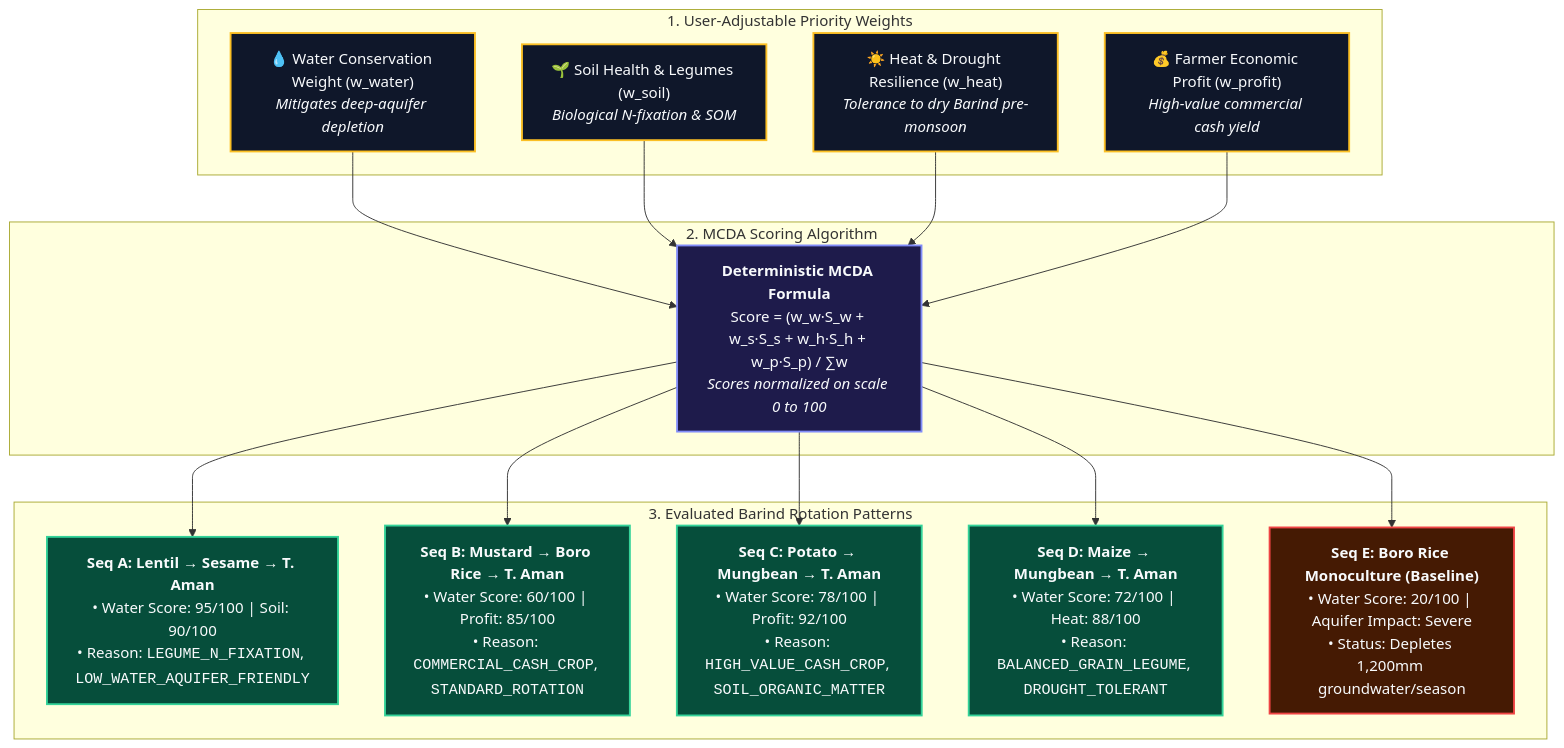
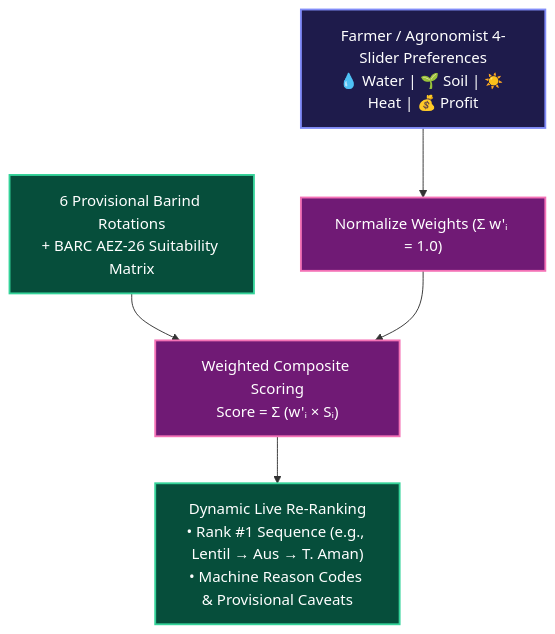
One commit to ASHIK311/agrisense-fusion changed the third of 5 diagrams in README.md. Above: the diagram before and after it, drawn with Mermaid. The commit also changed other lines of this file and 8 other files, not shown here.

````diff
--- a/README.md
+++ b/README.md
@@ -237,29 +283,11 @@
 ```mermaid
-graph TD
-  classDef sliderNode fill:#0f172a,stroke:#fbbf24,stroke-width:2px,color:#f8fafc;
-  classDef evalNode fill:#1e1b4b,stroke:#818cf8,stroke-width:2px,color:#f8fafc;
-  classDef sequenceNode fill:#064e3b,stroke:#34d399,stroke-width:2px,color:#f8fafc;
-  classDef cautionNode fill:#451a03,stroke:#ef4444,stroke-width:2px,color:#f8fafc;
+flowchart TD
+  classDef sliders fill:#1e1b4b,stroke:#818cf8,stroke-width:2px,color:#fff;
+  classDef data fill:#064e3b,stroke:#34d399,stroke-width:2px,color:#fff;
+  classDef rank fill:#701a75,stroke:#f472b6,stroke-width:2px,color:#fff;
 
-  subgraph Weights["1. User-Adjustable Priority Weights"]
-    W1["💧 Water Conservation Weight (w_water)<br/><i>Mitigates deep-aquifer depletion</i>"]:::sliderNode
-    W2["🌱 Soil Health & Legumes (w_soil)<br/><i>Biological N-fixation & SOM</i>"]:::sliderNode
-    W3["☀️ Heat & Drought Resilience (w_heat)<br/><i>Tolerance to dry Barind pre-monsoon</i>"]:::sliderNode
-    W4["💰 Farmer Economic Profit (w_profit)<br/><i>High-value commercial cash yield</i>"]:::sliderNode
-  end
-
-  subgraph Normalizer["2. MCDA Scoring Algorithm"]
-    NORM["<b>Deterministic MCDA Formula</b><br/>Score = (w_w·S_w + w_s·S_s + w_h·S_h + w_p·S_p) / ∑w<br/><i>Scores normalized on scale 0 to 100</i>"]:::evalNode
-  end
-
-  subgraph Rotations["3. Evaluated Barind Rotation Patterns"]
-    R1["<b>Seq A: Lentil → Sesame → T. Aman</b><br/>• Water Score: 95/100 | Soil: 90/100<br/>• Reason: <code>LEGUME_N_FIXATION</code>, <code>LOW_WATER_AQUIFER_FRIENDLY</code>"]:::sequenceNode
-    R2["<b>Seq B: Mustard → Boro Rice → T. Aman</b><br/>• Water Score: 60/100 | Profit: 85/100<br/>• Reason: <code>COMMERCIAL_CASH_CROP</code>, <code>STANDARD_ROTATION</code>"]:::sequenceNode
-    R3["<b>Seq C: Potato → Mungbean → T. Aman</b><br/>• Water Score: 78/100 | Profit: 92/100<br/>• Reason: <code>HIGH_VALUE_CASH_CROP</code>, <code>SOIL_ORGANIC_MATTER</code>"]:::sequenceNode
-    R4["<b>Seq D: Maize → Mungbean → T. Aman</b><br/>• Water Score: 72/100 | Heat: 88/100<br/>• Reason: <code>BALANCED_GRAIN_LEGUME</code>, <code>DROUGHT_TOLERANT</code>"]:::sequenceNode
-    R5["<b>Seq E: Boro Rice Monoculture (Baseline)</b><br/>• Water Score: 20/100 | Aquifer Impact: Severe<br/>• Status: Depletes 1,200mm groundwater/season"]:::cautionNode
-  end
-
-  W1 & W2 & W3 & W4 --> NORM
-  NORM --> R1 & R2 & R3 & R4 & R5
+  S["Farmer / Agronomist 4-Slider Preferences<br/>💧 Water | 🌱 Soil | ☀️ Heat | 💰 Profit"]:::sliders --> NORM["Normalize Weights (Σ w'ᵢ = 1.0)"]:::rank
+  CAT["6 Provisional Barind Rotations<br/>+ BARC AEZ-26 Suitability Matrix"]:::data --> EVAL["Weighted Composite Scoring<br/>Score = Σ (w'ᵢ × Sᵢ)"]:::rank
+  NORM --> EVAL
+  EVAL --> OUT["Dynamic Live Re-Ranking<br/>• Rank #1 Sequence (e.g., Lentil → Aus → T. Aman)<br/>• Machine Reason Codes &amp; Provisional Caveats"]:::data
 ```
````
